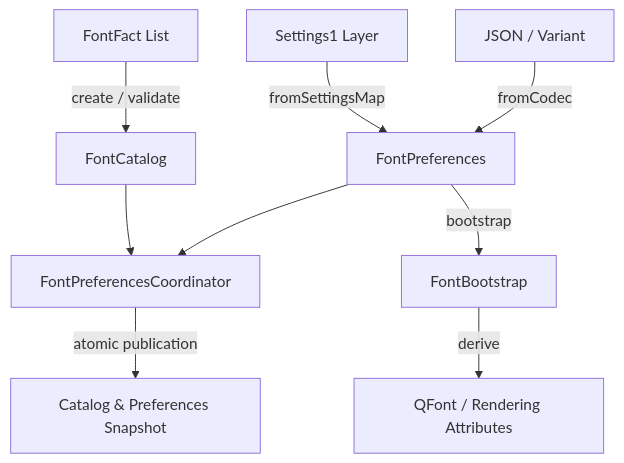
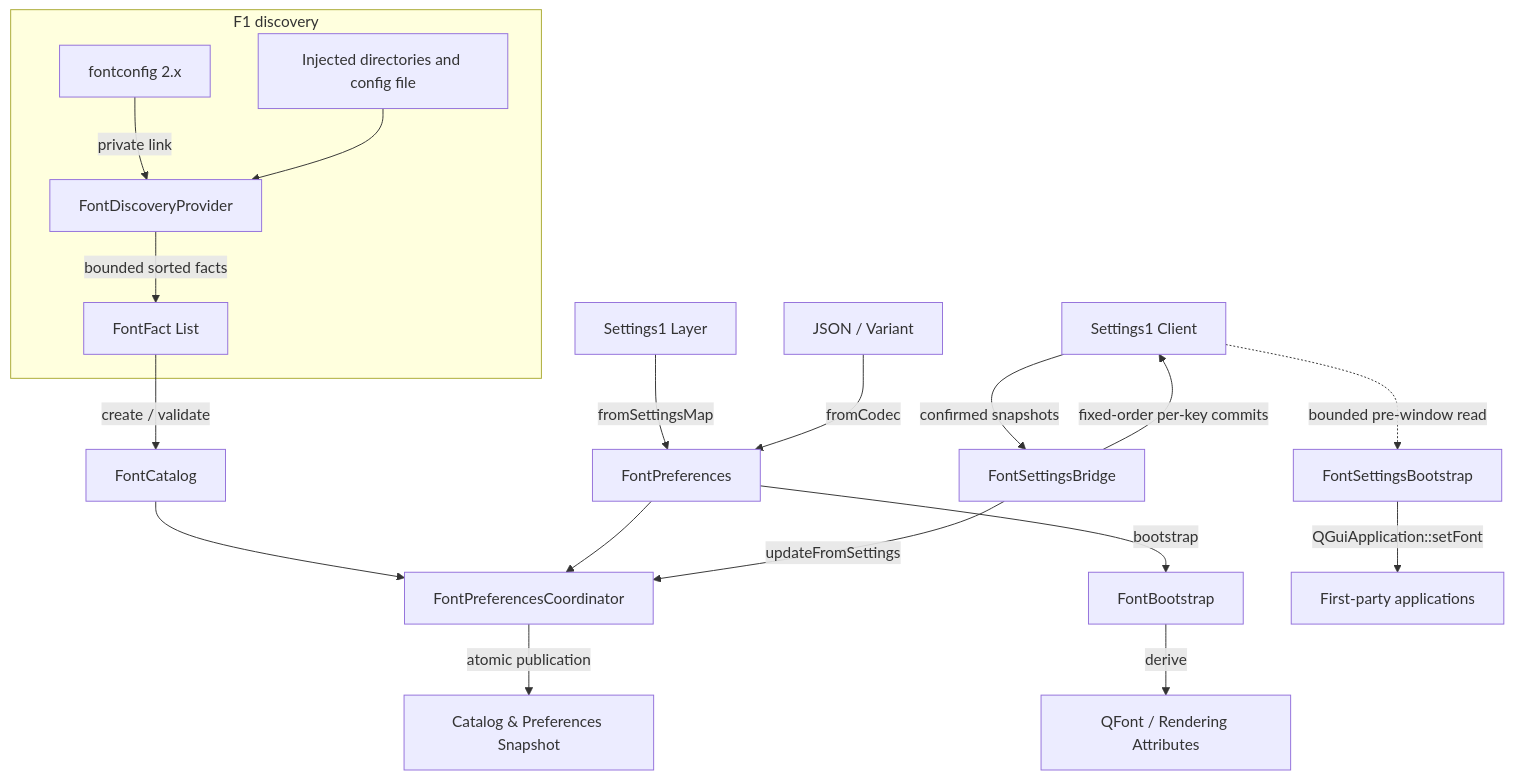
Before and after one commit to Es00bac/QindaQt: the diagram in docs/wiki/architecture/font-preferences.md, drawn with Mermaid. The commit also changed other lines of this file and 44 other files, not shown here.

First line of the commit message:
Preserve in-progress font-discovery-f1 work after the Kimi usage limit

````diff
--- a/docs/wiki/architecture/font-preferences.md
+++ b/docs/wiki/architecture/font-preferences.md
@@ -10,11 +12,21 @@
 ```mermaid
 graph TD
+    subgraph F1 discovery
+        FC5[fontconfig 2.x] -->|private link| FDP[FontDiscoveryProvider]
+        REQ[Injected directories and config file] --> FDP
+        FDP -->|bounded sorted facts| FF[FontFact List]
+    end
     FF[FontFact List] -->|create / validate| FC[FontCatalog]
     Settings[Settings1 Layer] -->|fromSettingsMap| FP[FontPreferences]
     JSON[JSON / Variant] -->|fromCodec| FP
     FC --> FPC[FontPreferencesCoordinator]
     FP --> FPC
     FPC -->|atomic publication| Snapshot[Catalog & Preferences Snapshot]
+    SC[Settings1 Client] -->|confirmed snapshots| FSB[FontSettingsBridge]
+    FSB -->|updateFromSettings| FPC
+    FSB -->|fixed-order per-key commits| SC
     FP -->|bootstrap| FB[FontBootstrap]
     FB -->|derive| QF[QFont / Rendering Attributes]
+    SC -.->|bounded pre-window read| FBOOT[FontSettingsBootstrap]
+    FBOOT -->|QGuiApplication::setFont| Apps[First-party applications]
 ```
````
